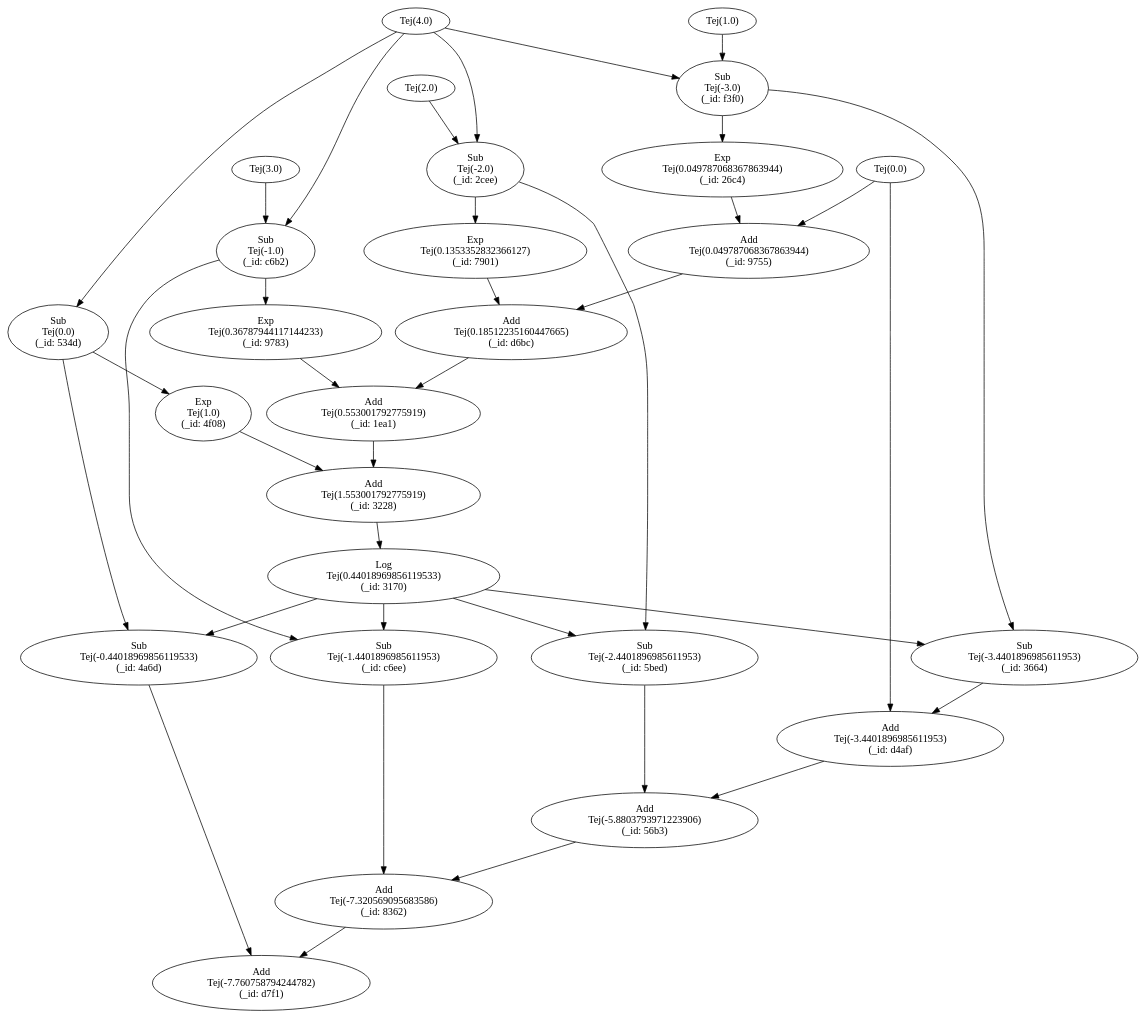
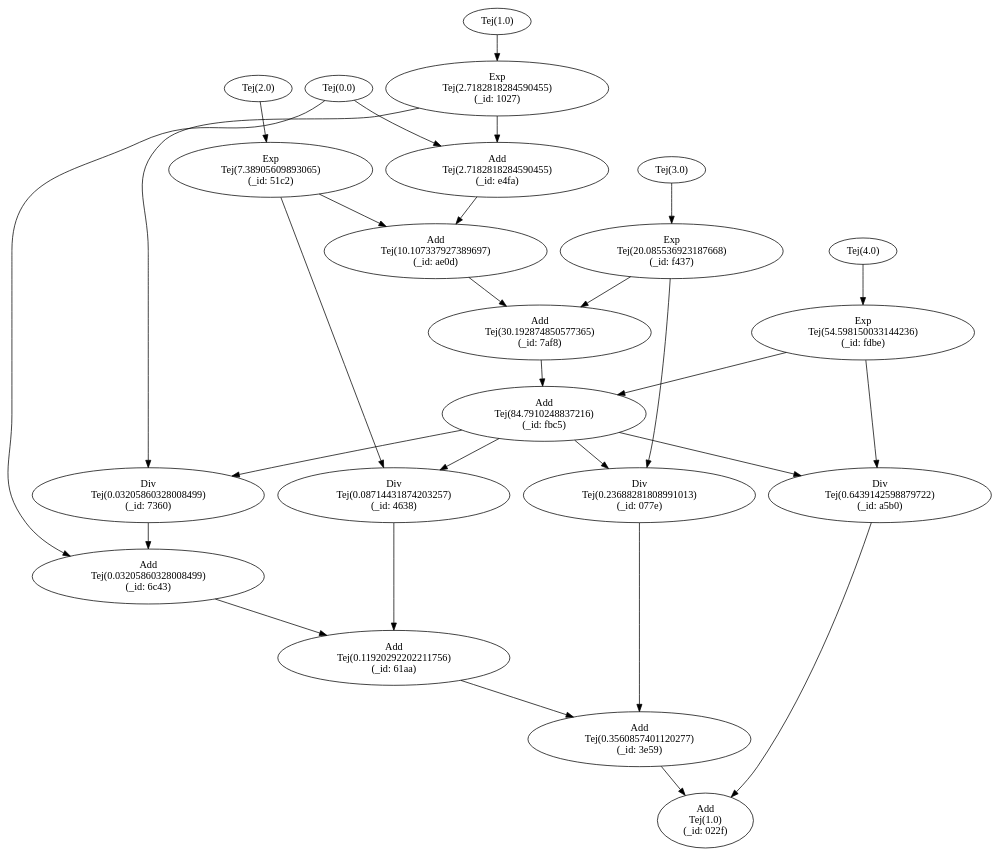
The diagram in spireAD/experiments/tmp.dot (Quafadas/inspireRAD), drawn with Graphviz before and after one commit. The commit also changed 3 other files, not shown here.

```diff
--- a/spireAD/experiments/tmp.dot
+++ b/spireAD/experiments/tmp.dot
@@ -1,168 +1,133 @@
 digraph {
-  "Tej(4.0)" -> "Sub 
- Tej(-2.0) 
- (_id: 2cee)";
-  "Tej(4.0)" -> "Sub 
- Tej(0.0) 
- (_id: 534d)";
-  "Tej(4.0)" -> "Sub 
- Tej(-3.0) 
- (_id: f3f0)";
-  "Tej(4.0)" -> "Sub 
- Tej(-1.0) 
- (_id: c6b2)";
+  "Tej(2.0)" -> "Exp 
+ Tej(7.38905609893065) 
+ (_id: 51c2)";
   "Add 
- Tej(-5.8803793971223906) 
- (_id: 56b3)" -> "Add 
- Tej(-7.320569095683586) 
- (_id: 8362)";
+ Tej(10.107337927389697) 
+ (_id: ae0d)" -> "Add 
+ Tej(30.192874850577365) 
+ (_id: 7af8)";
   "Add 
- Tej(0.049787068367863944) 
- (_id: 9755)" -> "Add 
- Tej(0.18512235160447665) 
- (_id: d6bc)";
-  "Tej(2.0)" -> "Sub 
- Tej(-2.0) 
- (_id: 2cee)";
+ Tej(30.192874850577365) 
+ (_id: 7af8)" -> "Add 
+ Tej(84.7910248837216) 
+ (_id: fbc5)";
+  "Div 
+ Tej(0.03205860328008499) 
+ (_id: 7360)" -> "Add 
+ Tej(0.03205860328008499) 
+ (_id: 6c43)";
   "Add 
- Tej(1.553001792775919) 
- (_id: 3228)" -> "Log 
- Tej(0.44018969856119533) 
- (_id: 3170)";
-  "Sub 
- Tej(-1.0) 
- (_id: c6b2)" -> "Sub 
- Tej(-1.4401896985611953) 
- (_id: c6ee)";
-  "Sub 
- Tej(-1.0) 
- (_id: c6b2)" -> "Exp 
- Tej(0.36787944117144233) 
- (_id: 9783)";
-  "Sub 
- Tej(-0.44018969856119533) 
- (_id: 4a6d)" -> "Add 
- Tej(-7.760758794244782) 
- (_id: d7f1)";
+ Tej(1.0) 
+ (_id: 022f)";
+  "Tej(3.0)" -> "Exp 
+ Tej(20.085536923187668) 
+ (_id: f437)";
+  "Div 
+ Tej(0.6439142598879722) 
+ (_id: a5b0)" -> "Add 
+ Tej(1.0) 
+ (_id: 022f)";
+  "Exp 
+ Tej(7.38905609893065) 
+ (_id: 51c2)" -> "Add 
+ Tej(10.107337927389697) 
+ (_id: ae0d)";
+  "Exp 
+ Tej(7.38905609893065) 
+ (_id: 51c2)" -> "Div 
+ Tej(0.08714431874203257) 
+ (_id: 4638)";
+  "Tej(0.0)" -> "Add 
+ Tej(0.03205860328008499) 
+ (_id: 6c43)";
   "Add 
- Tej(-7.760758794244782) 
- (_id: d7f1)";
+ Tej(0.11920292202211756) 
+ (_id: 61aa)" -> "Add 
+ Tej(0.3560857401120277) 
+ (_id: 3e59)";
+  "Exp 
+ Tej(54.598150033144236) 
+ (_id: fdbe)" -> "Add 
+ Tej(84.7910248837216) 
+ (_id: fbc5)";
+  "Exp 
+ Tej(54.598150033144236) 
+ (_id: fdbe)" -> "Div 
+ Tej(0.6439142598879722) 
+ (_id: a5b0)";
+  "Tej(1.0)" -> "Exp 
+ Tej(2.7182818284590455) 
+ (_id: 1027)";
+  "Div 
+ Tej(0.23688281808991013) 
+ (_id: 077e)" -> "Add 
+ Tej(0.3560857401120277) 
+ (_id: 3e59)";
+  "Exp 
+ Tej(2.7182818284590455) 
+ (_id: 1027)" -> "Div 
+ Tej(0.03205860328008499) 
+ (_id: 7360)";
+  "Exp 
+ Tej(2.7182818284590455) 
+ (_id: 1027)" -> "Add 
+ Tej(2.7182818284590455) 
+ (_id: e4fa)";
   "Add 
- Tej(-3.4401896985611953) 
- (_id: d4af)" -> "Add 
- Tej(-5.8803793971223906) 
- (_id: 56b3)";
+ Tej(84.7910248837216) 
+ (_id: fbc5)" -> "Div 
+ Tej(0.03205860328008499) 
+ (_id: 7360)";
   "Add 
- Tej(0.553001792775919) 
- (_id: 1ea1)" -> "Add 
- Tej(1.553001792775919) 
- (_id: 3228)";
-  "Sub 
- Tej(-2.0) 
- (_id: 2cee)" -> "Sub 
- Tej(-2.4401896985611953) 
- (_id: 5bed)";
-  "Sub 
- Tej(-2.0) 
- (_id: 2cee)" -> "Exp 
- Tej(0.1353352832366127) 
- (_id: 7901)";
+ Tej(84.7910248837216) 
+ (_id: fbc5)" -> "Div 
+ Tej(0.23688281808991013) 
+ (_id: 077e)";
+  "Add 
+ Tej(84.7910248837216) 
+ (_id: fbc5)" -> "Div 
+ Tej(0.08714431874203257) 
+ (_id: 4638)";
+  "Add 
+ Tej(84.7910248837216) 
+ (_id: fbc5)" -> "Div 
+ Tej(0.6439142598879722) 
+ (_id: a5b0)";
+  "Div 
+ Tej(0.08714431874203257) 
+ (_id: 4638)" -> "Add 
+ Tej(0.11920292202211756) 
+ (_id: 61aa)";
+  "Exp 
+ Tej(20.085536923187668) 
+ (_id: f437)" -> "Add 
+ Tej(30.192874850577365) 
+ (_id: 7af8)";
+  "Exp 
+ Tej(20.085536923187668) 
+ (_id: f437)" -> "Div 
+ Tej(0.23688281808991013) 
+ (_id: 077e)";
+  "Add 
+ Tej(0.3560857401120277) 
+ (_id: 3e59)" -> "Add 
+ Tej(1.0) 
+ (_id: 022f)";
   "Tej(0.0)" -> "Add 
- Tej(-3.4401896985611953) 
- (_id: d4af)";
-  "Tej(0.0)" -> "Add 
- Tej(0.049787068367863944) 
- (_id: 9755)";
+ Tej(2.7182818284590455) 
+ (_id: e4fa)";
   "Add 
- Tej(0.18512235160447665) 
- (_id: d6bc)" -> "Add 
- Tej(0.553001792775919) 
- (_id: 1ea1)";
-  "Log 
- Tej(0.44018969856119533) 
- (_id: 3170)" -> "Sub 
- Tej(-0.44018969856119533) 
- (_id: 4a6d)";
-  "Log 
- Tej(0.44018969856119533) 
- (_id: 3170)" -> "Sub 
- Tej(-1.4401896985611953) 
- (_id: c6ee)";
-  "Log 
- Tej(0.44018969856119533) 
- (_id: 3170)" -> "Sub 
- Tej(-2.4401896985611953) 
- (_id: 5bed)";
-  "Log 
- Tej(0.44018969856119533) 
- (_id: 3170)" -> "Sub 
- Tej(-3.4401896985611953) 
- (_id: 3664)";
-  "Tej(0.0)";
-  "Tej(3.0)" -> "Sub 
- Tej(-1.0) 
- (_id: c6b2)";
-  "Exp 
- Tej(0.049787068367863944) 
- (_id: 26c4)" -> "Add 
- Tej(0.049787068367863944) 
- (_id: 9755)";
-  "Exp 
- Tej(1.0) 
- (_id: 4f08)" -> "Add 
- Tej(1.553001792775919) 
- (_id: 3228)";
-  "Sub 
- Tej(-1.4401896985611953) 
- (_id: c6ee)" -> "Add 
- Tej(-7.320569095683586) 
- (_id: 8362)";
-  "Sub 
- Tej(-2.4401896985611953) 
- (_id: 5bed)" -> "Add 
- Tej(-5.8803793971223906) 
- (_id: 56b3)";
-  "Sub 
- Tej(-3.4401896985611953) 
- (_id: 3664)" -> "Add 
- Tej(-3.4401896985611953) 
- (_id: d4af)";
+ Tej(0.03205860328008499) 
+ (_id: 6c43)" -> "Add 
+ Tej(0.11920292202211756) 
+ (_id: 61aa)";
   "Add 
- Tej(-7.320569095683586) 
- (_id: 8362)" -> "Add 
- Tej(-7.760758794244782) 
- (_id: d7f1)";
-  "Exp 
- Tej(0.1353352832366127) 
- (_id: 7901)" -> "Add 
- Tej(0.18512235160447665) 
- (_id: d6bc)";
-  "Exp 
- Tej(0.36787944117144233) 
- (_id: 9783)" -> "Add 
- Tej(0.553001792775919) 
- (_id: 1ea1)";
-  "Tej(1.0)" -> "Sub 
- Tej(-3.0) 
- (_id: f3f0)";
-  "Sub 
- Tej(0.0) 
- (_id: 534d)" -> "Sub 
- Tej(-0.44018969856119533) 
- (_id: 4a6d)";
-  "Sub 
- Tej(0.0) 
- (_id: 534d)" -> "Exp 
- Tej(1.0) 
- (_id: 4f08)";
-  "Sub 
- Tej(-3.0) 
- (_id: f3f0)" -> "Exp 
- Tej(0.049787068367863944) 
- (_id: 26c4)";
-  "Sub 
- Tej(-3.0) 
- (_id: f3f0)" -> "Sub 
- Tej(-3.4401896985611953) 
- (_id: 3664)";
+ Tej(2.7182818284590455) 
+ (_id: e4fa)" -> "Add 
+ Tej(10.107337927389697) 
+ (_id: ae0d)";
+  "Tej(4.0)" -> "Exp 
+ Tej(54.598150033144236) 
+ (_id: fdbe)";
 }
```
